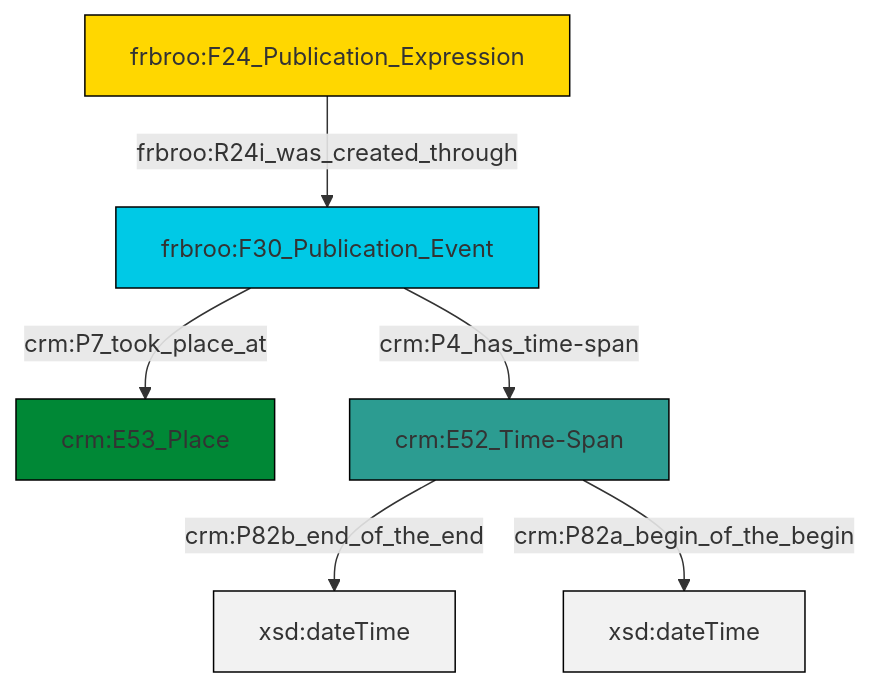
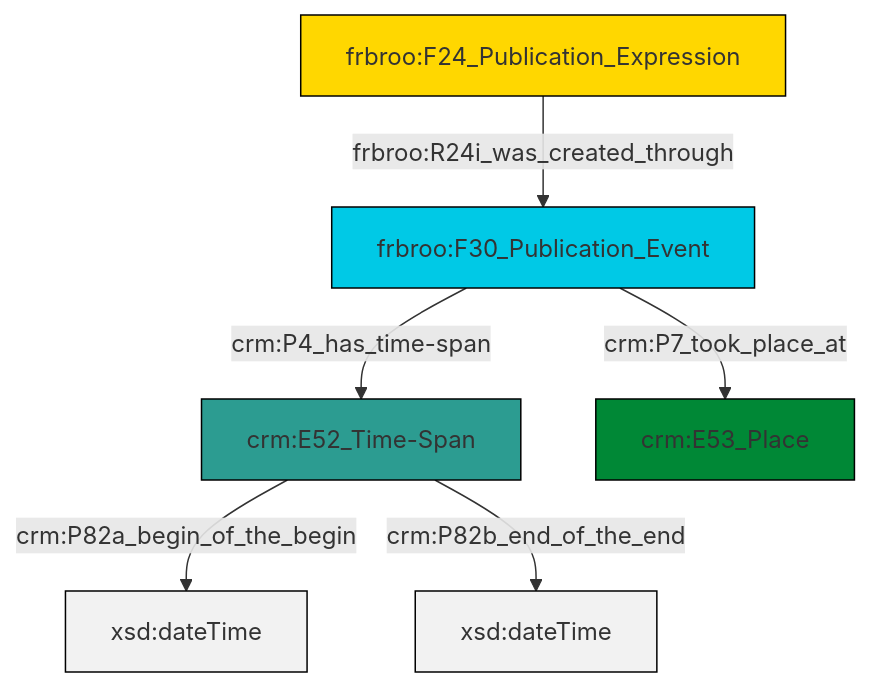
One commit to swiss-art-research-net/reference-data-models changed the diagram in et/biblioCSV/ttl/mmd/biblio_existence.ttl.mmd. Above: the diagram before and after it, drawn with Mermaid. The commit also changed 127 other files, not shown here.

```diff
--- a/et/biblioCSV/ttl/mmd/biblio_existence.ttl.mmd
+++ b/et/biblioCSV/ttl/mmd/biblio_existence.ttl.mmd
@@ -1,20 +1,20 @@
 graph TD
 classDef Literal fill:#f2f2f2,stroke:#000000;
 classDef CRM_Entity fill:#FFFFFF,stroke:#000000;
 classDef Temporal_Entity fill:#00C9E6, stroke:#000000;
 classDef Type fill:#E18312, stroke:#000000;
 classDef Time-Span fill:#2C9C91, stroke:#000000;
 classDef Appellation fill:#FFEB7F, stroke:#000000;
 classDef Place fill:#008836, stroke:#000000;
 classDef Persistent_Item fill:#B266B2, stroke:#000000;
 classDef Conceptual_Object fill:#FFD700, stroke:#000000;
 classDef Physical_Thing fill:#D2B48C, stroke:#000000;
 classDef Actor fill:#f58aad, stroke:#000000;
 classDef PC_Classes fill:#4ce600, stroke:#000000;
 classDef Multi fill:#cccccc,stroke:#000000;
 
-0["frbroo:F24_Publication_Expression"]:::Conceptual_Object -->|frbroo:R24i_was_created_through| 1["frbroo:F30_Publication_Event"]:::Temporal_Entity
-1["frbroo:F30_Publication_Event"]:::Temporal_Entity -->|crm:P4_has_time-span| 5["crm:E52_Time-Span"]:::Time-Span
-1["frbroo:F30_Publication_Event"]:::Temporal_Entity -->|crm:P7_took_place_at| 3["crm:E53_Place"]:::Place
-5["crm:E52_Time-Span"]:::Time-Span -->|crm:P82b_end_of_the_end| 6[xsd:dateTime]:::Literal
-5["crm:E52_Time-Span"]:::Time-Span -->|crm:P82a_begin_of_the_begin| 9[xsd:dateTime]:::Literal
+0["frbroo:F30_Publication_Event"]:::Temporal_Entity -->|crm:P7_took_place_at| 4["crm:E53_Place"]:::Place
+2["crm:E52_Time-Span"]:::Time-Span -->|crm:P82a_begin_of_the_begin| 5[xsd:dateTime]:::Literal
+2["crm:E52_Time-Span"]:::Time-Span -->|crm:P82b_end_of_the_end| 6[xsd:dateTime]:::Literal
+0["frbroo:F30_Publication_Event"]:::Temporal_Entity -->|crm:P4_has_time-span| 2["crm:E52_Time-Span"]:::Time-Span
+8["frbroo:F24_Publication_Expression"]:::Conceptual_Object -->|frbroo:R24i_was_created_through| 0["frbroo:F30_Publication_Event"]:::Temporal_Entity
```
